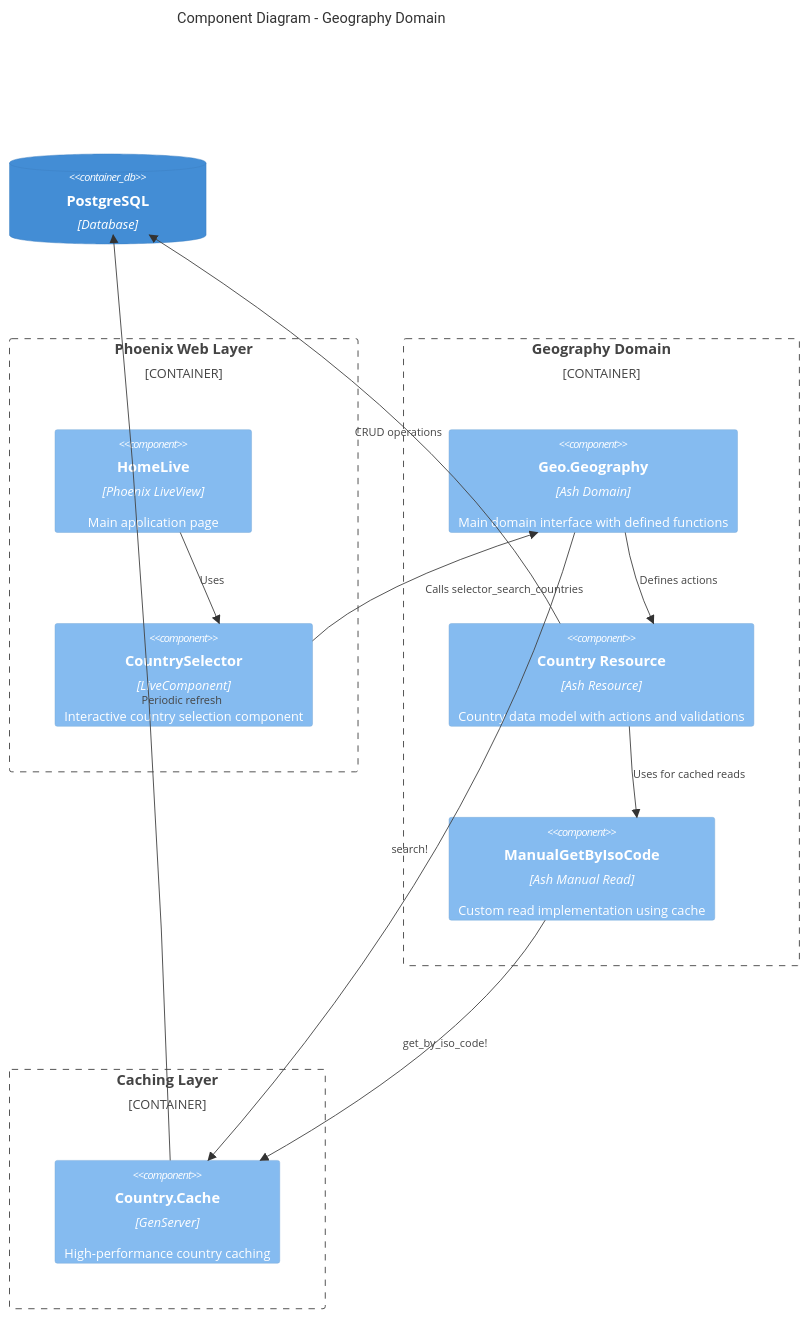
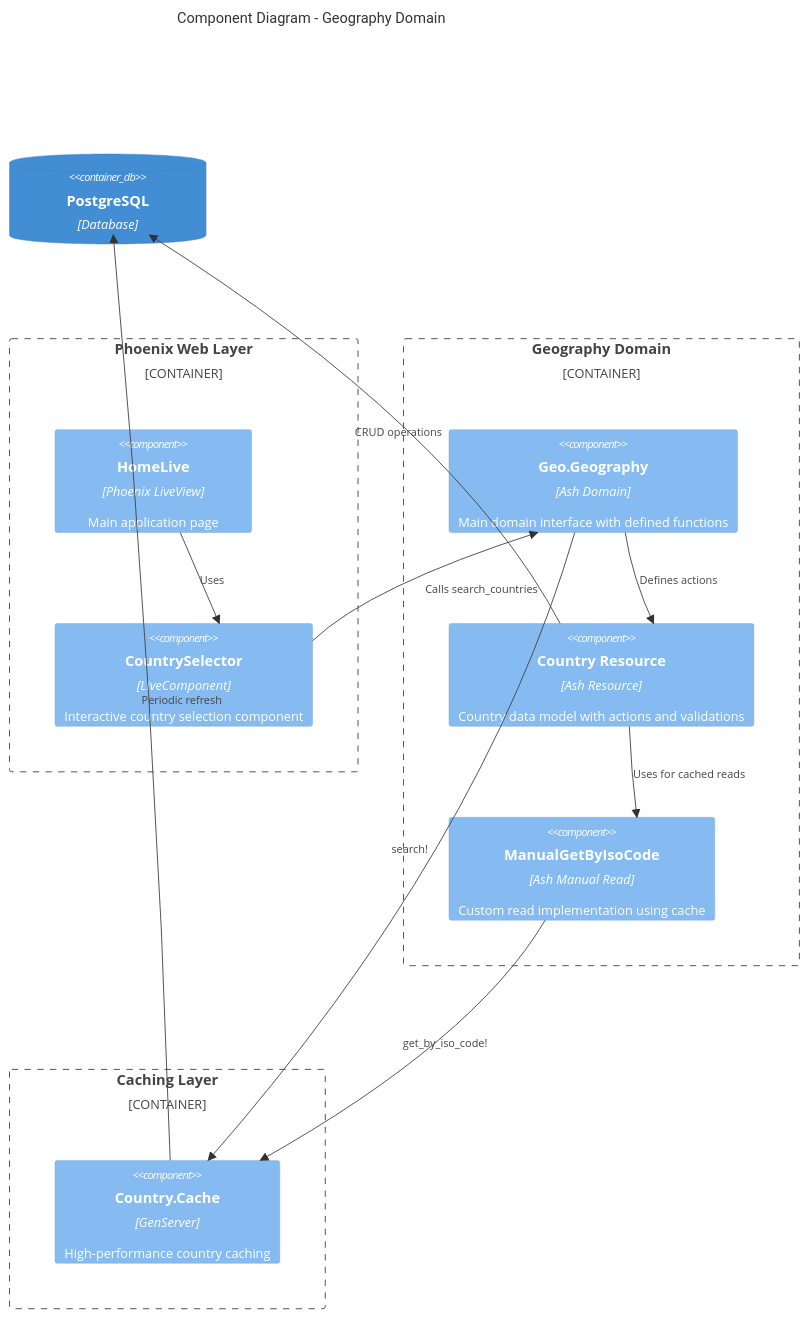
Before and after one commit to dev-guy/geo: the sixth of 6 diagrams in README.md, drawn with Mermaid. The commit also changed other lines of this file and 28 other files, not shown here.

````diff
--- a/README.md
+++ b/README.md
@@ -217,30 +233,30 @@
 ```mermaid
 C4Component
     title Component Diagram - Geography Domain
     
     Container_Boundary(web, "Phoenix Web Layer") {
         Component(home_live, "HomeLive", "Phoenix LiveView", "Main application page")
         Component(country_selector, "CountrySelector", "LiveComponent", "Interactive country selection component")
     }
     
     Container_Boundary(domain, "Geography Domain") {
         Component(geography, "Geo.Geography", "Ash Domain", "Main domain interface with defined functions")
         Component(country_resource, "Country Resource", "Ash Resource", "Country data model with actions and validations")
         Component(manual_read, "ManualGetByIsoCode", "Ash Manual Read", "Custom read implementation using cache")
     }
     
     Container_Boundary(cache, "Caching Layer") {
         Component(country_cache, "Country.Cache", "GenServer", "High-performance country caching")
     }
     
     ContainerDb(postgres, "PostgreSQL", "Database")
     
     Rel(home_live, country_selector, "Uses")
-    Rel(country_selector, geography, "Calls selector_search_countries")
+    Rel(country_selector, geography, "Calls search_countries")
     Rel(geography, country_resource, "Defines actions")
     Rel(country_resource, manual_read, "Uses for cached reads")
     Rel(manual_read, country_cache, "get_by_iso_code!")
     Rel(geography, country_cache, "search!")
     Rel(country_resource, postgres, "CRUD operations")
     Rel(country_cache, postgres, "Periodic refresh")
 ```
````
